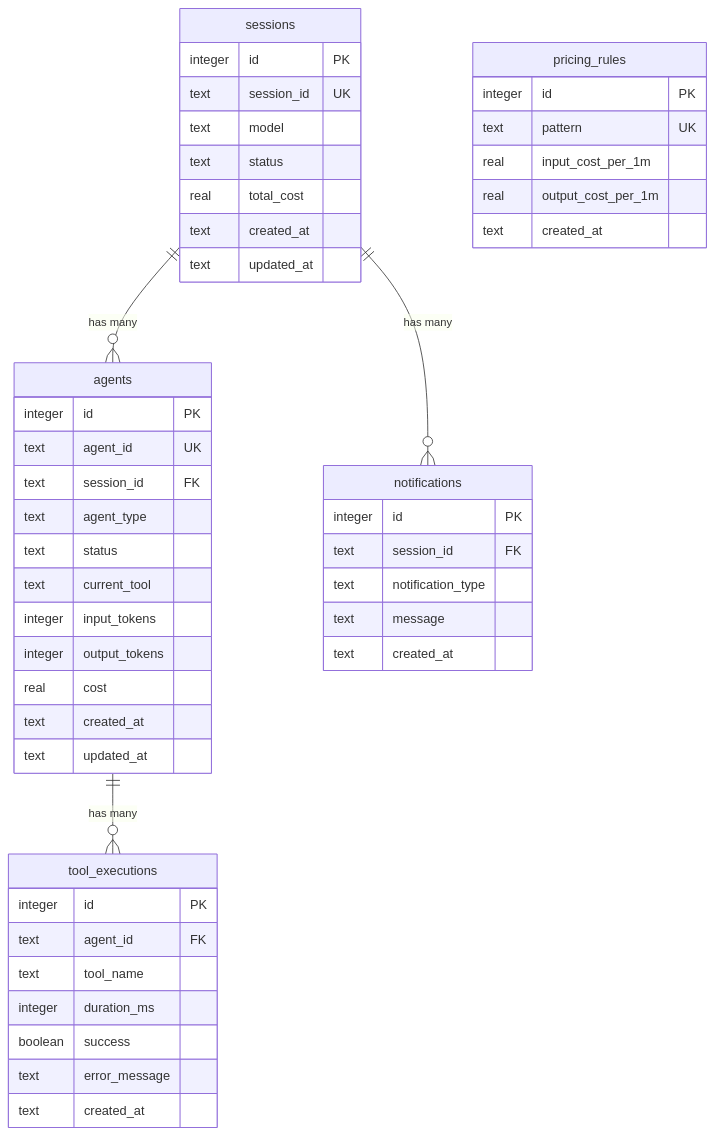
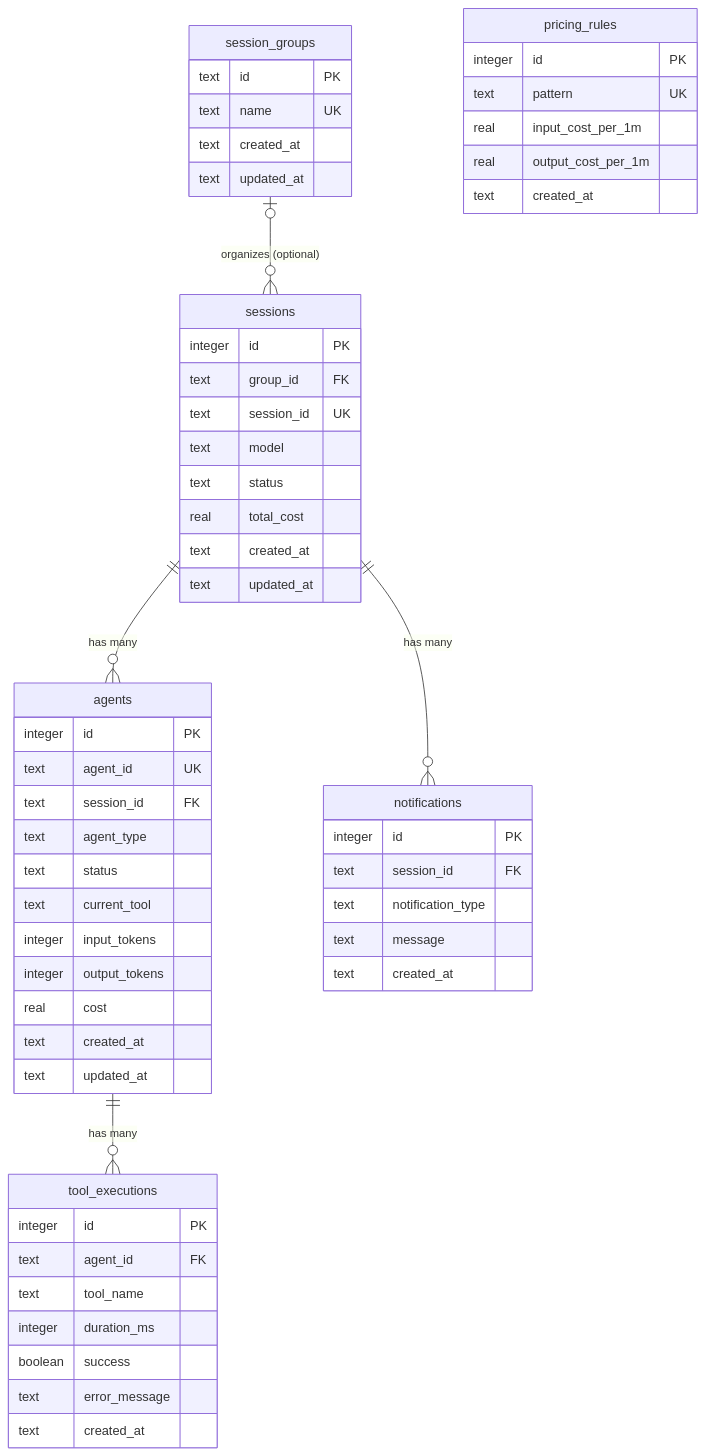
One commit to hoangsonww/Claude-Code-Agent-Monitor changed the third of 17 diagrams in server/README.md. Above: the diagram before and after it, drawn with Mermaid. The commit also changed other lines of this file and 46 other files, not shown here.

First line of the commit message:
feat: add dashboard-local session groups

````diff
--- a/server/README.md
+++ b/server/README.md
@@ -197,56 +197,65 @@
 ```mermaid
 erDiagram
+    session_groups |o--o{ sessions : "organizes (optional)"
     sessions ||--o{ agents : "has many"
     agents ||--o{ tool_executions : "has many"
     sessions ||--o{ notifications : "has many"
     
     sessions {
         integer id PK
+        text group_id FK
         text session_id UK
         text model
         text status
         real total_cost
+        text created_at
+        text updated_at
+    }
+
+    session_groups {
+        text id PK
+        text name UK
         text created_at
         text updated_at
     }
     
     agents {
         integer id PK
         text agent_id UK
         text session_id FK
         text agent_type
         text status
         text current_tool
         integer input_tokens
         integer output_tokens
         real cost
         text created_at
         text updated_at
     }
     
     tool_executions {
         integer id PK
         text agent_id FK
         text tool_name
         integer duration_ms
         boolean success
         text error_message
         text created_at
     }
     
     notifications {
         integer id PK
         text session_id FK
         text notification_type
         text message
         text created_at
     }
     
     pricing_rules {
         integer id PK
         text pattern UK
         real input_cost_per_1m
         real output_cost_per_1m
         text created_at
     }
 ```
````
